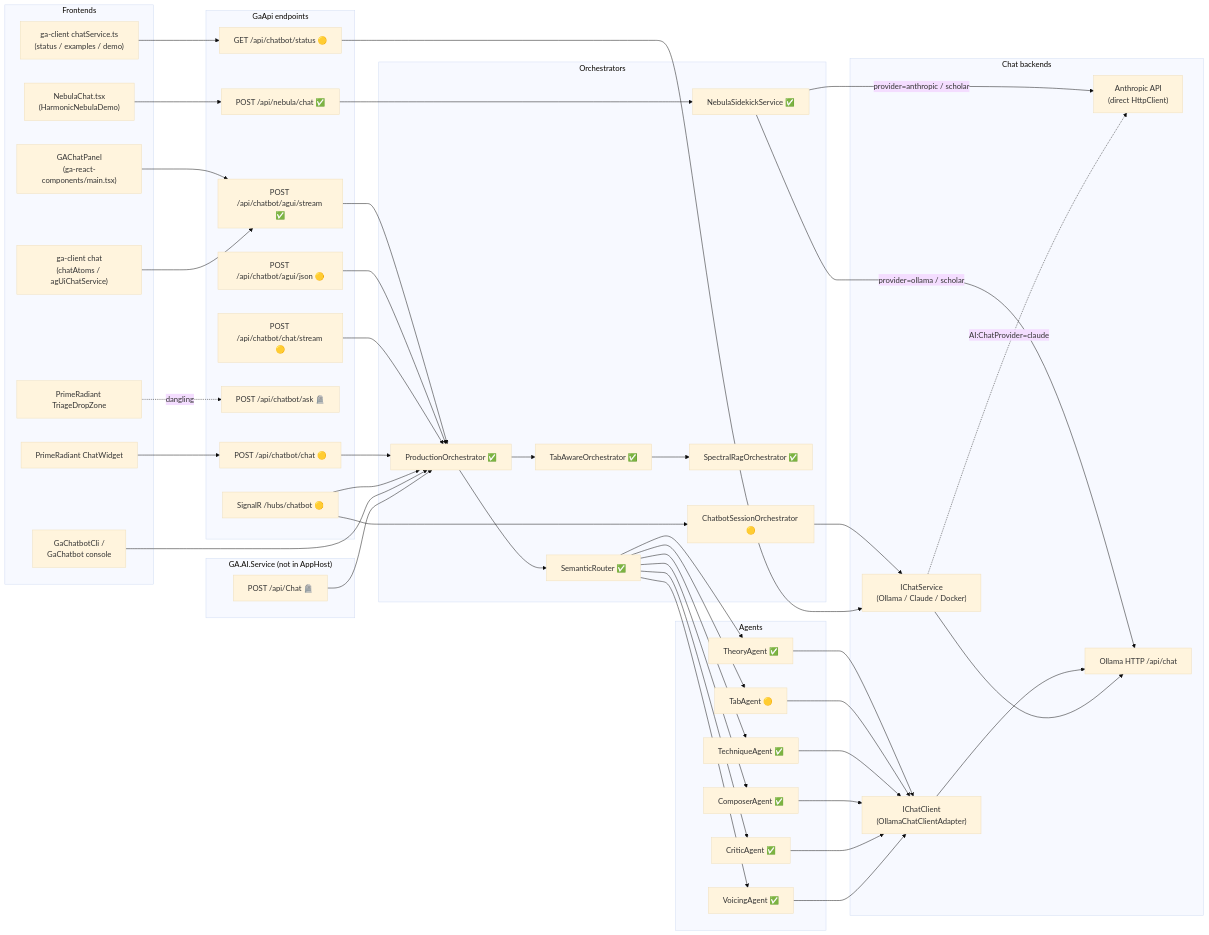
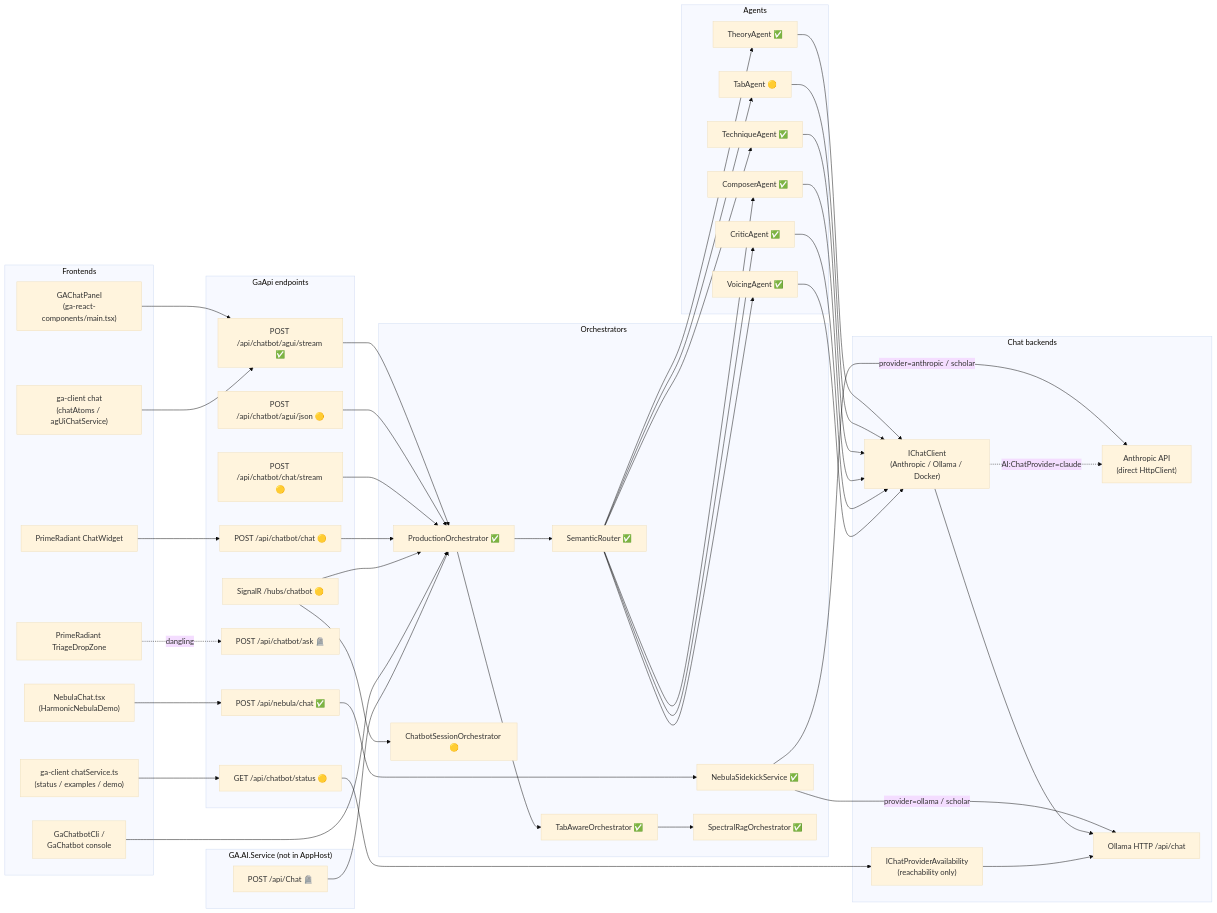
Before and after one commit to GuitarAlchemist/ga: the diagram in docs/architecture/chat-surfaces.md, drawn with Mermaid (base theme). The commit also changed other lines of this file and 17 other files, not shown here.

First line of the commit message:
refactor(gaapi): fold IChatService into IChatClient

````diff
--- a/docs/architecture/chat-surfaces.md
+++ b/docs/architecture/chat-surfaces.md
@@ -321,10 +323,10 @@
         VO["VoicingAgent ✅"]
     end
 
-    %% ── IChatService / IChatClient ─────────────────────────────
+    %% ── IChatClient / provider availability ────────────────────
     subgraph "Chat backends"
-        ICS["IChatService<br/>(Ollama / Claude / Docker)"]
-        ICC["IChatClient<br/>(OllamaChatClientAdapter)"]
+        ICS["IChatProviderAvailability<br/>(reachability only)"]
+        ICC["IChatClient<br/>(Anthropic / Ollama / Docker)"]
         ANTHTTP["Anthropic API<br/>(direct HttpClient)"]
         OLLAMA["Ollama HTTP /api/chat"]
     end
@@ -362,7 +364,6 @@
     PROD --> TAB
     TAB --> RAG
 
-    SESS --> ICS
     STAT --> ICS
 
     TH --> ICC
@@ -374,5 +375,5 @@
 
     ICC --> OLLAMA
     ICS --> OLLAMA
-    ICS -.AI:ChatProvider=claude.-> ANTHTTP
+    ICC -.AI:ChatProvider=claude.-> ANTHTTP
 ```
````
